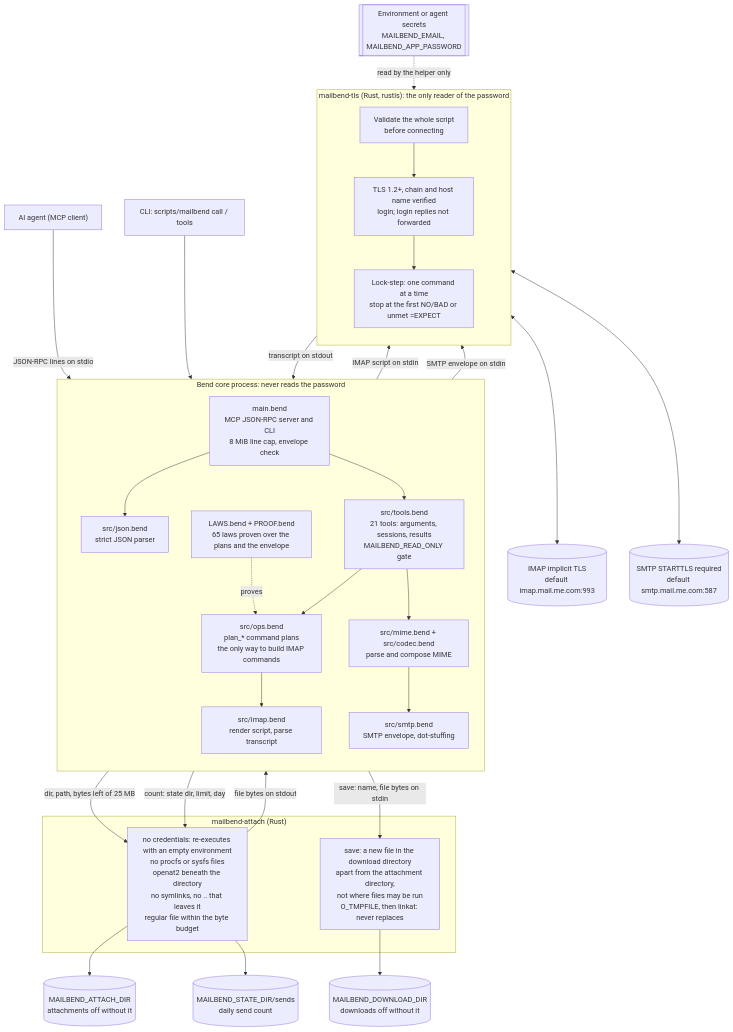
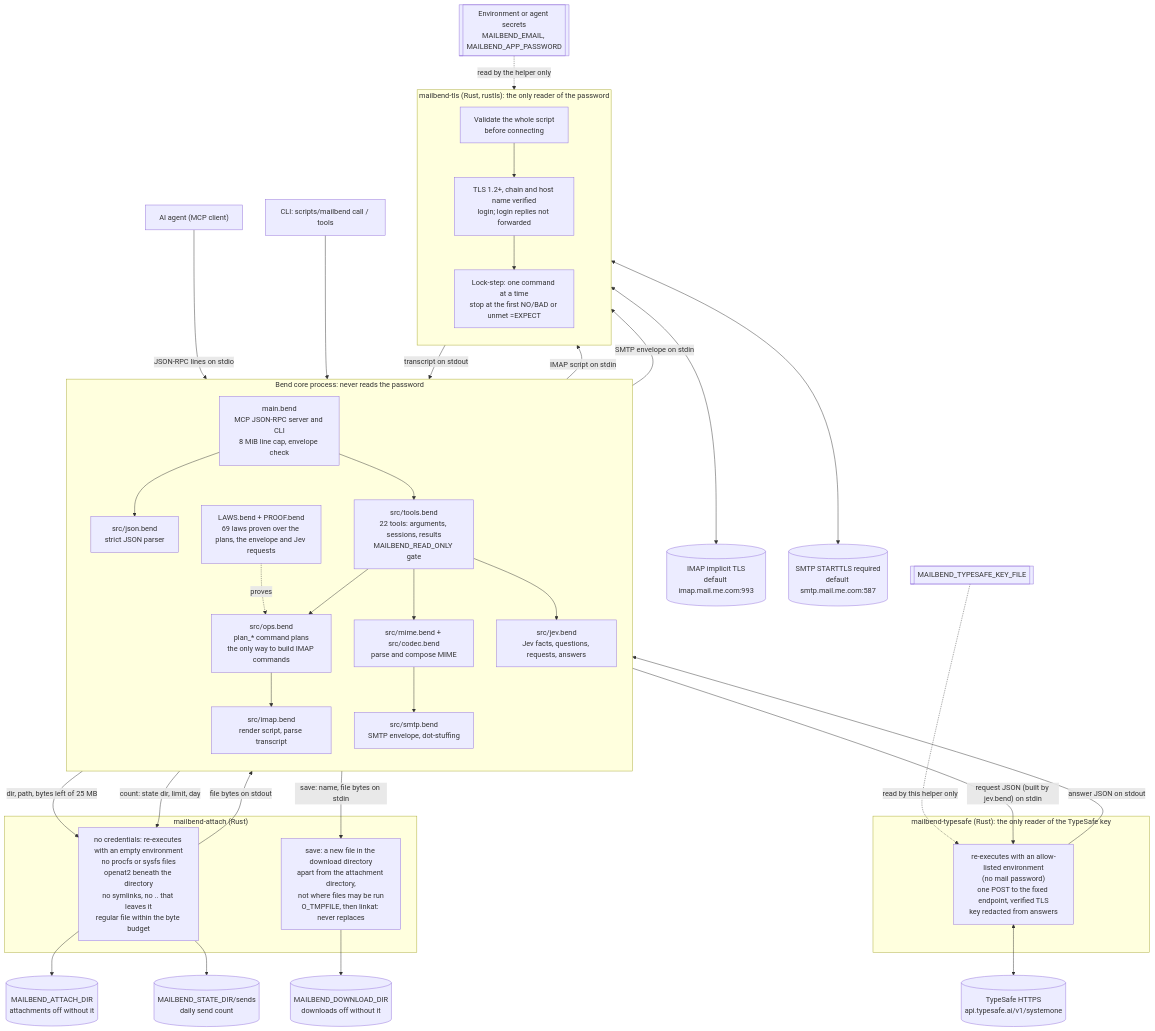
One commit to albertc71/MailBend changed the first of 3 diagrams in docs/ARCHITECTURE.md. Above: the diagram before and after it, drawn with Mermaid. The commit also changed other lines of this file and 53 other files, not shown here.

First line of the commit message:
feat: add TypeSafe Jev support and mail_classify

````diff
--- a/docs/ARCHITECTURE.md
+++ b/docs/ARCHITECTURE.md
@@ -28,61 +30,73 @@
 ```mermaid
 flowchart TB
   agent["AI agent (MCP client)"]
   cli["CLI: scripts/mailbend call / tools"]
   env[["Environment or agent secrets<br/>MAILBEND_EMAIL, MAILBEND_APP_PASSWORD"]]
 
   subgraph core["Bend core process: never reads the password"]
     direction TB
     main["main.bend<br/>MCP JSON-RPC server and CLI<br/>8 MiB line cap, envelope check"]
     json["src/json.bend<br/>strict JSON parser"]
-    tools["src/tools.bend<br/>21 tools: arguments, sessions, results<br/>MAILBEND_READ_ONLY gate"]
+    tools["src/tools.bend<br/>22 tools: arguments, sessions, results<br/>MAILBEND_READ_ONLY gate"]
     ops["src/ops.bend<br/>plan_* command plans<br/>the only way to build IMAP commands"]
-    laws["LAWS.bend + PROOF.bend<br/>65 laws proven over the plans and the envelope"]
+    laws["LAWS.bend + PROOF.bend<br/>69 laws proven over the plans, the envelope and Jev requests"]
     imap["src/imap.bend<br/>render script, parse transcript"]
     mime["src/mime.bend + src/codec.bend<br/>parse and compose MIME"]
     smtp["src/smtp.bend<br/>SMTP envelope, dot-stuffing"]
+    jevb["src/jev.bend<br/>Jev facts, questions, requests, answers"]
   end
 
   subgraph helper["mailbend-tls (Rust, rustls): the only reader of the password"]
     direction TB
     validate["Validate the whole script<br/>before connecting"]
     tls["TLS 1.2+, chain and host name verified<br/>login; login replies not forwarded"]
     lock["Lock-step: one command at a time<br/>stop at the first NO/BAD or unmet =EXPECT"]
   end
 
   subgraph reader["mailbend-attach (Rust)"]
     attach["no credentials: re-executes with an empty environment<br/>no procfs or sysfs files<br/>openat2 beneath the directory<br/>no symlinks, no .. that leaves it<br/>regular file within the byte budget"]
     save["save: a new file in the download directory<br/>apart from the attachment directory,<br/>not where files may be run<br/>O_TMPFILE, then linkat: never replaces"]
   end
 
+  subgraph typesafe["mailbend-typesafe (Rust): the only reader of the TypeSafe key"]
+    ask["re-executes with an allow-listed environment<br/>(no mail password)<br/>one POST to the fixed endpoint, verified TLS<br/>key redacted from answers"]
+  end
+
   imapsrv[("IMAP implicit TLS<br/>default imap.mail.me.com:993")]
   smtpsrv[("SMTP STARTTLS required<br/>default smtp.mail.me.com:587")]
   files[("MAILBEND_ATTACH_DIR<br/>attachments off without it")]
   sends[("MAILBEND_STATE_DIR/sends<br/>daily send count")]
   downloads[("MAILBEND_DOWNLOAD_DIR<br/>downloads off without it")]
+  tsapi[("TypeSafe HTTPS<br/>api.typesafe.ai/v1/systemone")]
+  tskey[["MAILBEND_TYPESAFE_KEY_FILE"]]
 
   agent -- "JSON-RPC lines on stdio" --> main
   cli --> main
   main --> json
   main --> tools
   tools --> ops
   laws -. "proves" .-> ops
   ops --> imap
   tools --> mime
   mime --> smtp
   imap -- "IMAP script on stdin" --> validate
   smtp -- "SMTP envelope on stdin" --> validate
   validate --> tls
   tls --> lock
   lock <--> imapsrv
   lock <--> smtpsrv
   lock -- "transcript on stdout" --> imap
   tools -- "dir, path, bytes left of 25 MB" --> attach
   attach --> files
   attach -- "file bytes on stdout" --> tools
   tools -- "count: state dir, limit, day" --> attach
   attach --> sends
   tools -- "save: name, file bytes on stdin" --> save
   save --> downloads
+  tools --> jevb
+  tools -- "request JSON (built by jev.bend) on stdin" --> ask
+  ask -- "answer JSON on stdout" --> tools
+  ask <--> tsapi
   env -. "read by the helper only" .-> tls
+  tskey -. "read by this helper only" .-> ask
 ```
````
